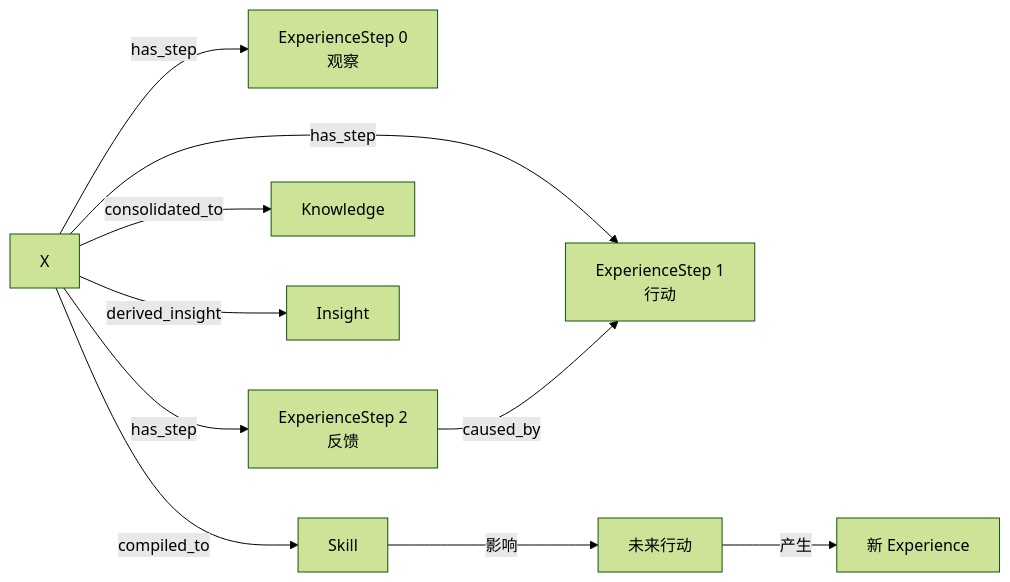
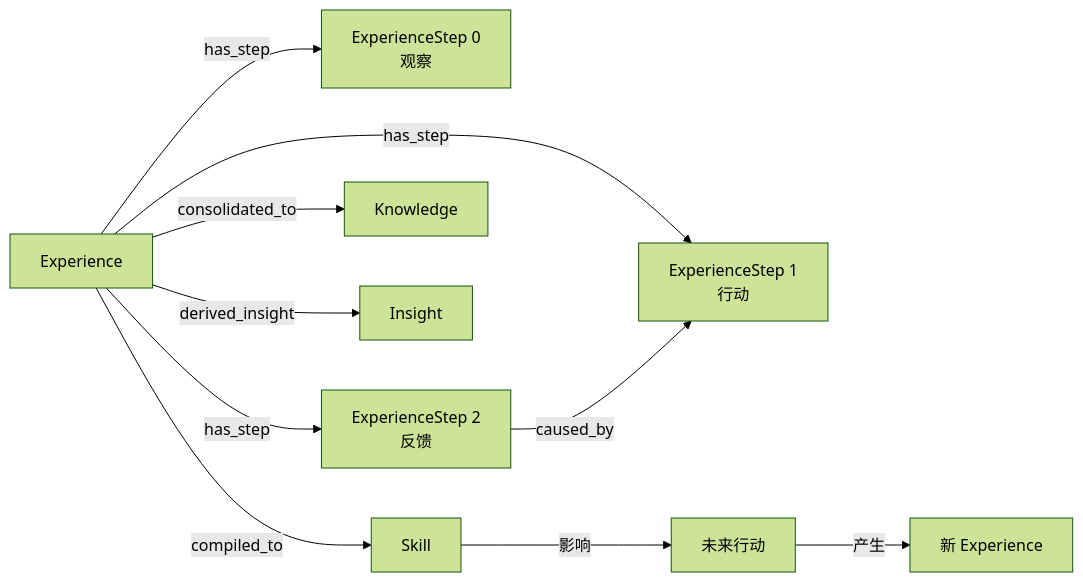
Before and after one commit to ldclabs/KIP: the diagram in README_CN.md, drawn with Mermaid (forest theme). The commit also changed 18 other files, not shown here.

````diff
--- a/README_CN.md
+++ b/README_CN.md
@@ -128,12 +128,12 @@
 ```mermaid
 graph LR
-    X -->|"has_step"| S1["ExperienceStep 0<br/>观察"]
+    X["Experience"] -->|"has_step"| S1["ExperienceStep 0<br/>观察"]
     X -->|"has_step"| S2["ExperienceStep 1<br/>行动"]
     X -->|"has_step"| S3["ExperienceStep 2<br/>反馈"]
     S3 -->|"caused_by"| S2
     X -->|"consolidated_to"| K["Knowledge"]
     X -->|"derived_insight"| I["Insight"]
     X -->|"compiled_to"| P["Skill"]
     P -->|"影响"| A["未来行动"]
     A -->|"产生"| NX["新 Experience"]
 ```
````
